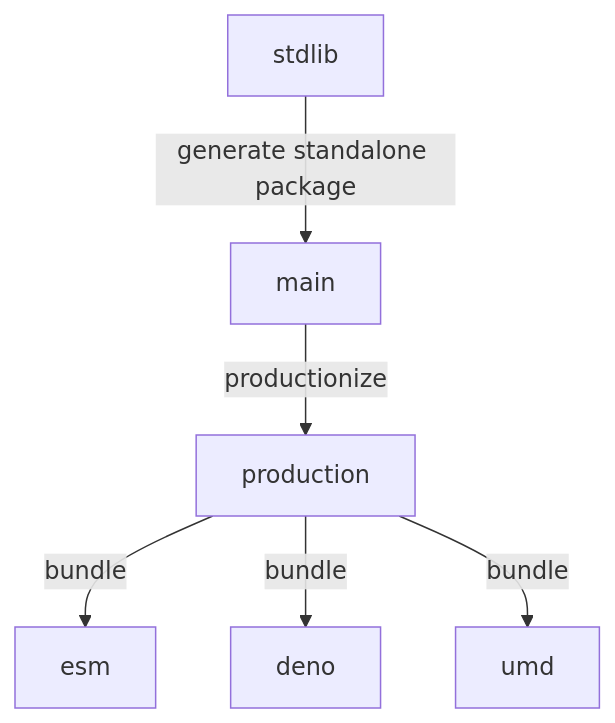
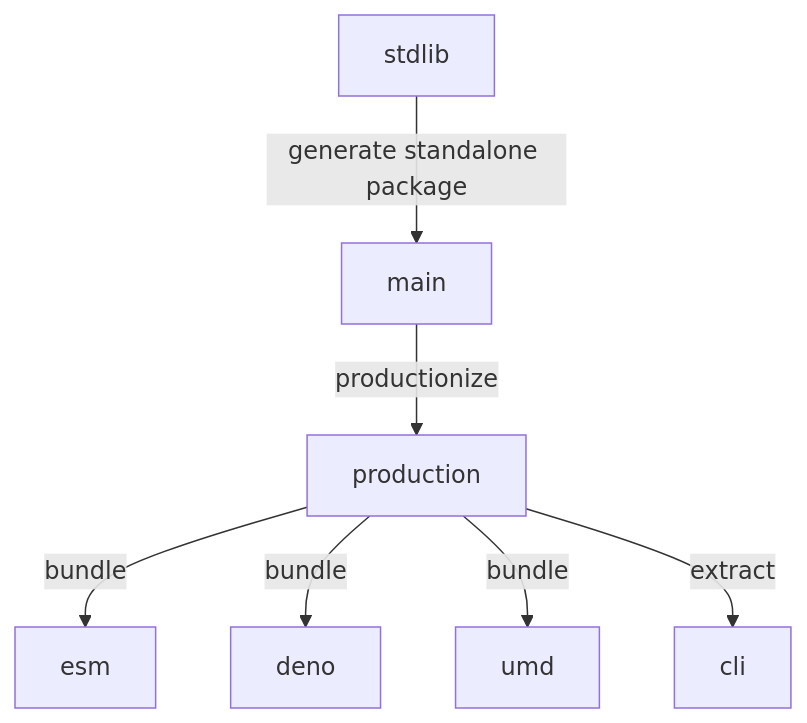
One commit to stdlib-js/assert-has-define-property-support changed the diagram in branches.md. Above: the diagram before and after it, drawn with Mermaid. The commit also changed other lines of this file and 8 other files, not shown here.

````diff
--- a/branches.md
+++ b/branches.md
@@ -33,15 +34,17 @@
 ```mermaid
 graph TD;
 A[stdlib]-->|generate standalone package|B;
 B[main] -->|productionize| C[production];
 C -->|bundle| D[esm];
 C -->|bundle| E[deno];
 C -->|bundle| F[umd];
+C -->|extract| G[cli];
 
-click A href "https://github.com/stdlib-js/stdlib/tree/develop/lib/node_modules/%40stdlib/assert/has-define-property-support"
-click B href "https://github.com/stdlib-js/assert-has-define-property-support/tree/main"
-click C href "https://github.com/stdlib-js/assert-has-define-property-support/tree/production"
-click D href "https://github.com/stdlib-js/assert-has-define-property-support/tree/esm"
-click E href "https://github.com/stdlib-js/assert-has-define-property-support/tree/deno"
-click F href "https://github.com/stdlib-js/assert-has-define-property-support/tree/umd"
+%% click A href "https://github.com/stdlib-js/stdlib/tree/develop/lib/node_modules/%40stdlib/assert/has-define-property-support"
+%% click B href "https://github.com/stdlib-js/assert-has-define-property-support/tree/main"
+%% click C href "https://github.com/stdlib-js/assert-has-define-property-support/tree/production"
+%% click D href "https://github.com/stdlib-js/assert-has-define-property-support/tree/esm"
+%% click E href "https://github.com/stdlib-js/assert-has-define-property-support/tree/deno"
+%% click F href "https://github.com/stdlib-js/assert-has-define-property-support/tree/umd"
+%% click G href "https://github.com/stdlib-js/assert-has-define-property-support/tree/cli"
 ```
````
